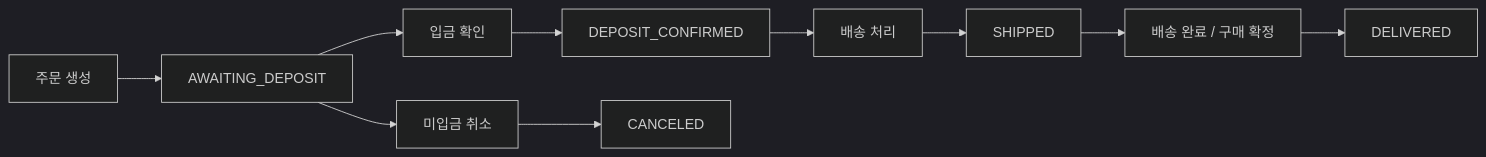
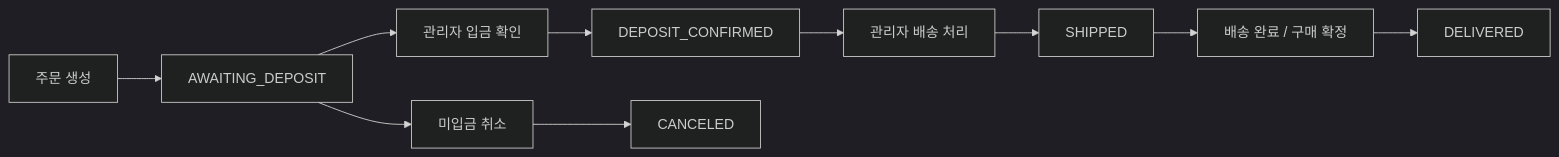
The fifth of 8 diagrams in README.md (Economy0326/shopping-backend), drawn with Mermaid (dark theme) before and after one commit. The commit also changed other lines of this file, not shown here.

````diff
--- a/README.md
+++ b/README.md
@@ -399,13 +493,13 @@
 ```mermaid
 flowchart LR
   A["주문 생성"] --> B["AWAITING_DEPOSIT"]
-  B --> C["입금 확인"]
+  B --> C["관리자 입금 확인"]
   C --> D["DEPOSIT_CONFIRMED"]
-  D --> E["배송 처리"]
+  D --> E["관리자 배송 처리"]
   E --> F["SHIPPED"]
   F --> G["배송 완료 / 구매 확정"]
   G --> H["DELIVERED"]
 
   B --> I["미입금 취소"]
   I --> J["CANCELED"]
 ```
````
